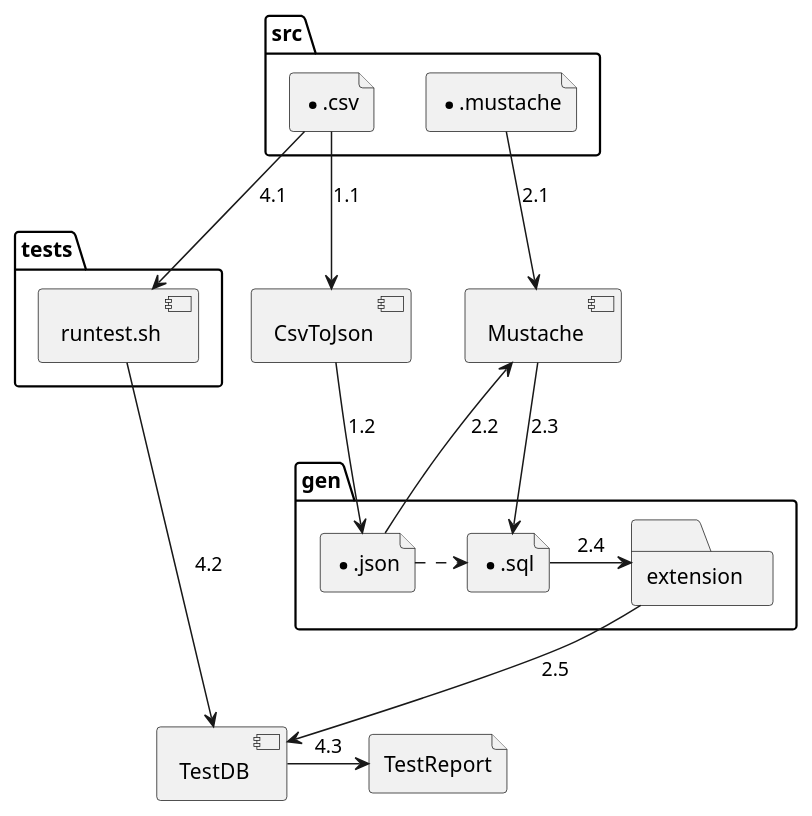
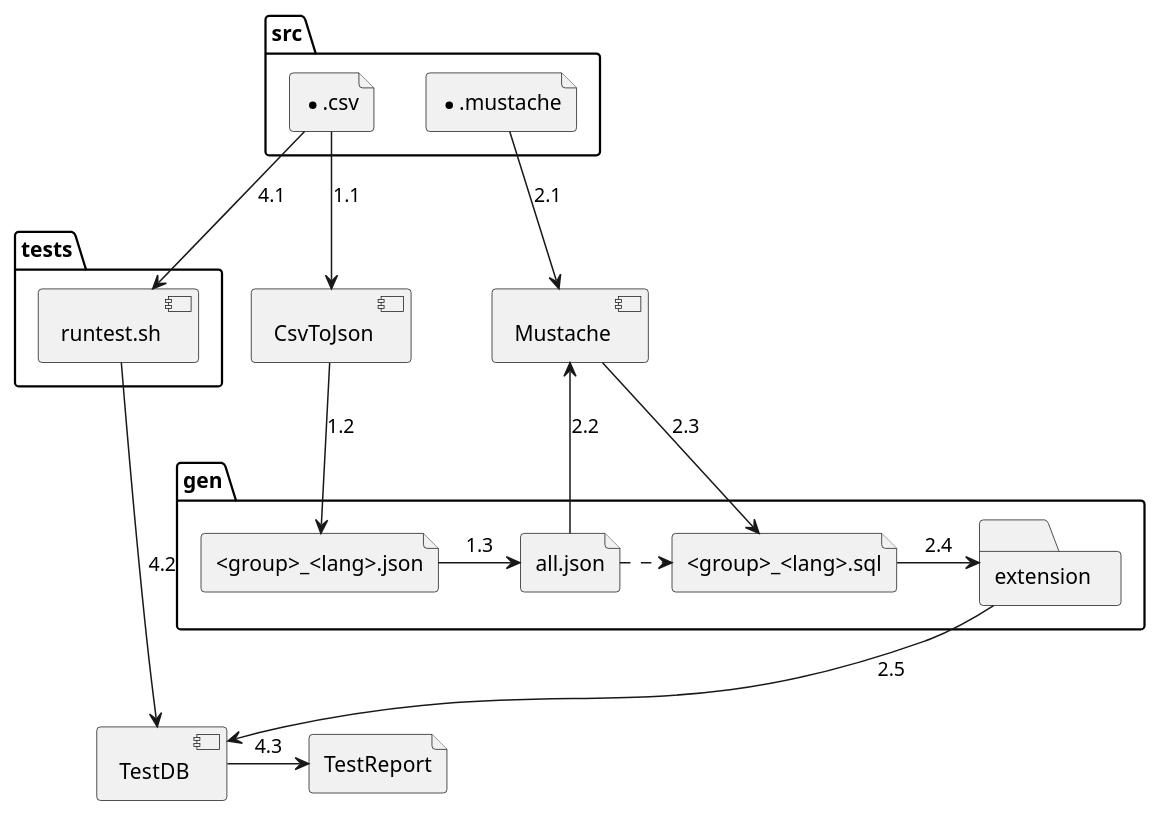
The diagram in img/build.puml (chatelao/osm-abbrev), drawn with PlantUML before and after one commit.

```diff
--- a/img/build.puml
+++ b/img/build.puml
@@ -1,37 +1,39 @@
 @startuml
 
 folder src {
   file "*.csv" as csv
   file "*.mustache" as mustache
 }
 folder gen {
-  file "*.sql"  as sql
-  file "*.json" as json
+  file "<group>_<lang>.sql"  as sql
+  file "<group>_<lang>.json" as part_json
+  file "all.json" as json
   folder "extension"  as ext
 }
 
 [CsvToJson]
 csv --> CsvToJson : 1.1
-CsvToJson -> json : 1.2
+CsvToJson -> part_json : 1.2
+part_json -> json : 1.3
 
 [Mustache]
 mustache --> Mustache : 2.1
 Mustache <-- json : 2.2
 json .> sql
 Mustache --> sql : 2.3
 sql -> ext : 2.4
 
 folder tests {
     component runtest.sh as runtest
 }
 csv --> runtest : 4.1
 
 [TestDB]
 ext --> TestDB : 2.5
 runtest -> TestDB : 4.2
 
 file TestReport
 TestDB -> TestReport: 4.3
 
 
 @enduml
```
